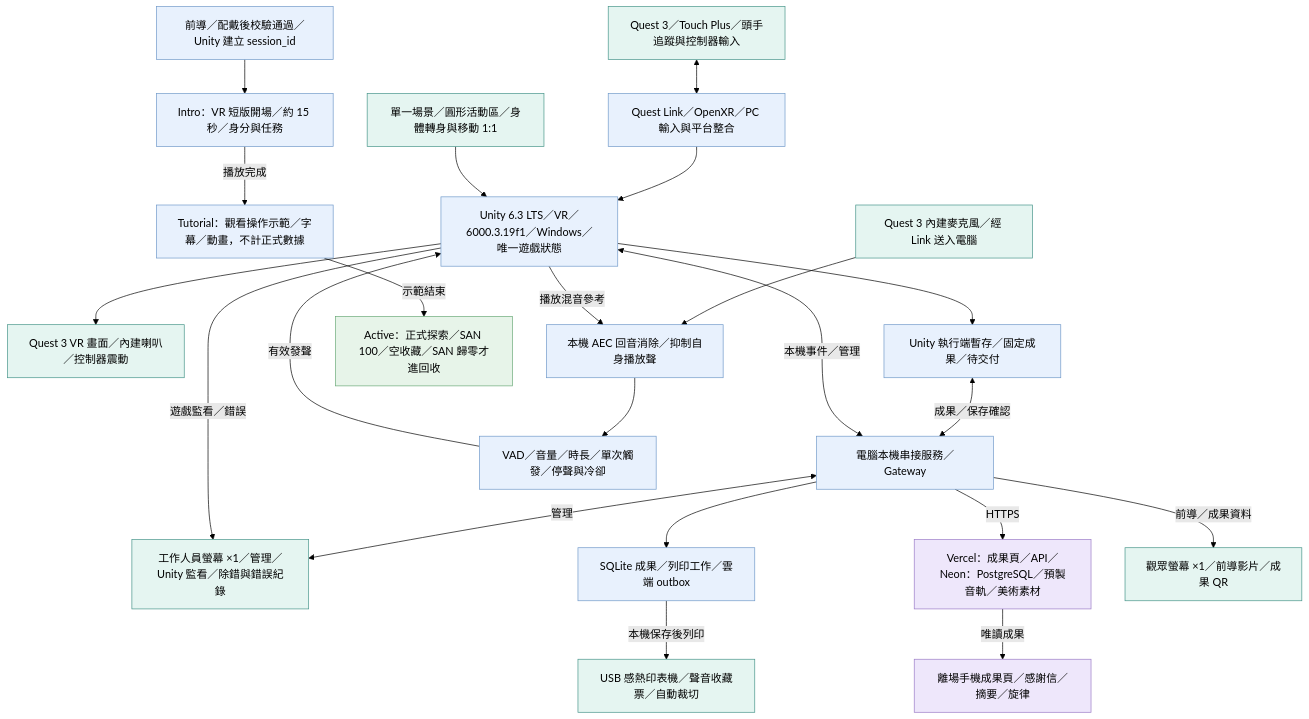
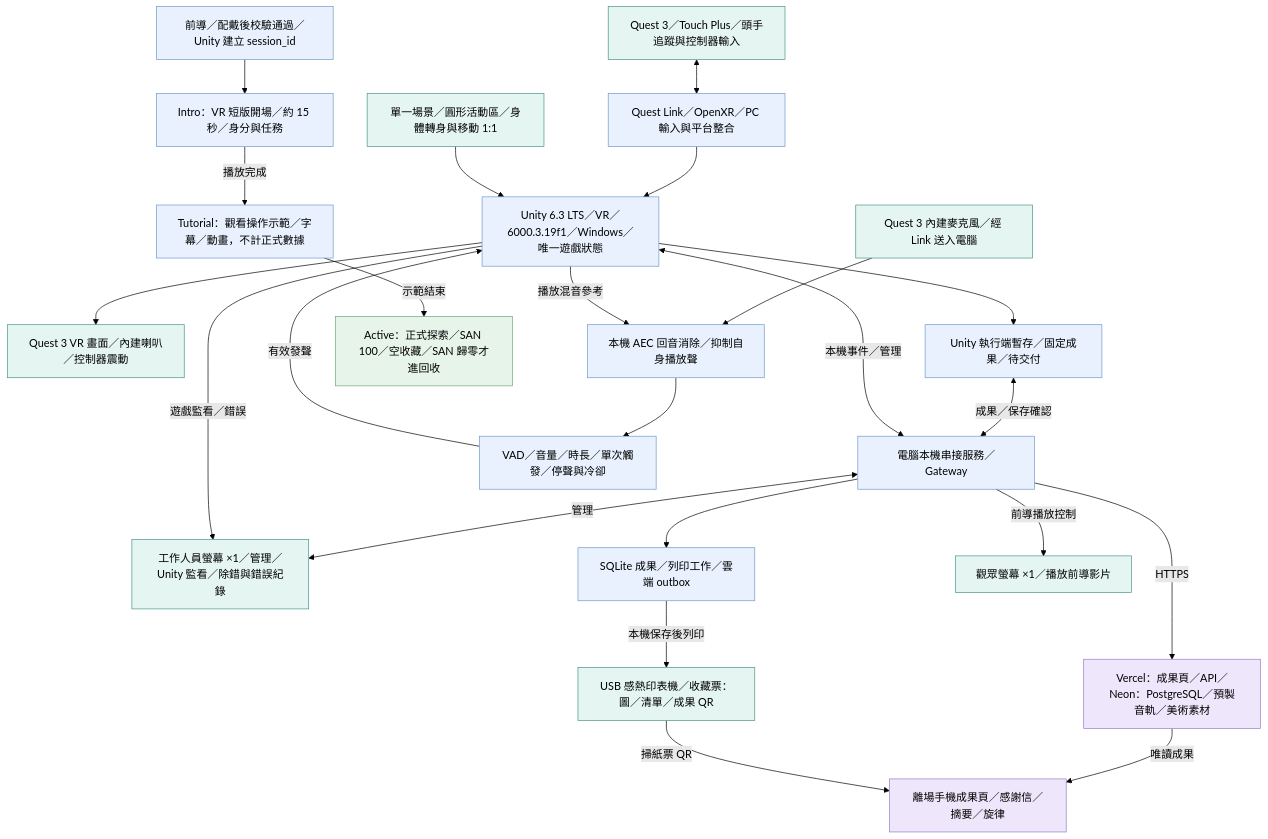
Before and after one commit to fengyenchia/dctProject: the first of 5 diagrams in docs/docs_vr/技術流程圖.md, drawn with Mermaid (forest theme). The commit also changed other lines of this file and 91 other files, not shown here.

````diff
--- a/docs/docs_vr/技術流程圖.md
+++ b/docs/docs_vr/技術流程圖.md
@@ -45,64 +45,65 @@
 ```mermaid
 flowchart TD
   quest["Quest 3／Touch Plus／頭手追蹤與控制器輸入"]
   xr["Quest Link／OpenXR／PC 輸入與平台整合"]
   room["單一場景／圓形活動區／身體轉身與移動 1:1"]
   mic["Quest 3 內建麥克風／經 Link 送入電腦"]
   unity["Unity 6.3 LTS／VR／6000.3.19f1／Windows／唯一遊戲狀態"]
   output["Quest 3 VR 畫面／內建喇叭／控制器震動"]
   localPending["Unity 執行端暫存／固定成果／待交付"]
   gateway["電腦本機串接服務／Gateway"]
   admin["工作人員螢幕 ×1／管理／Unity 監看／除錯與錯誤紀錄"]
   sqlite["SQLite 成果／列印工作／雲端 outbox"]
   cloud["Vercel：成果頁／API／Neon：PostgreSQL／預製音軌／美術素材"]
   phone["離場手機成果頁／感謝信／摘要／旋律"]
   aec["本機 AEC 回音消除／抑制自身播放聲"]
   voiceGate["VAD／音量／時長／單次觸發／停聲與冷卻"]
-  ticketPrinter["USB 感熱印表機／聲音收藏票／自動裁切"]
-  visitorDisplay["觀眾螢幕 ×1／前導影片／成果 QR"]
+  ticketPrinter["USB 感熱印表機／收藏票：圖／清單／成果 QR"]
+  visitorDisplay["觀眾螢幕 ×1／播放前導影片"]
   sessionEntry["前導／配戴後校驗通過／Unity 建立 session_id"]
   vrIntro["Intro：VR 短版開場／約 15 秒／身分與任務"]
   vrTutorial["Tutorial：觀看操作示範／字幕／動畫，不計正式數據"]
   exploreActive["Active：正式探索／SAN 100／空收藏／SAN 歸零才進回收"]
   quest <--> xr
   xr --> unity
   room --> unity
   unity --> output
   unity --> localPending
   localPending <-->|"成果／保存確認"| gateway
   unity <-->|"本機事件／管理"| gateway
   gateway <-->|"管理"| admin
   gateway --> sqlite
   gateway -->|"HTTPS"| cloud
   cloud -->|"唯讀成果"| phone
   mic --> aec
   aec --> voiceGate
   unity -->|"播放混音參考"| aec
   voiceGate -->|"有效發聲"| unity
   sqlite -->|"本機保存後列印"| ticketPrinter
-  gateway -->|"前導／成果資料"| visitorDisplay
+  gateway -->|"前導播放控制"| visitorDisplay
   unity -->|"遊戲監看／錯誤"| admin
   sessionEntry --> vrIntro
   vrIntro -->|"播放完成"| vrTutorial
   vrTutorial -->|"示範結束"| exploreActive
+  ticketPrinter -->|"掃紙票 QR"| phone
   style quest fill:#e5f5f1,stroke:#459489
   style xr fill:#e8f1fd,stroke:#7099c9
   style room fill:#e5f5f1,stroke:#459489
   style mic fill:#e5f5f1,stroke:#459489
   style unity fill:#e8f1fd,stroke:#7099c9
   style output fill:#e5f5f1,stroke:#459489
   style localPending fill:#e8f1fd,stroke:#7099c9
   style gateway fill:#e8f1fd,stroke:#7099c9
   style admin fill:#e5f5f1,stroke:#459489
   style sqlite fill:#e8f1fd,stroke:#7099c9
   style cloud fill:#eee7fb,stroke:#9a7ac7
   style phone fill:#eee7fb,stroke:#9a7ac7
   style aec fill:#e8f1fd,stroke:#7099c9
   style voiceGate fill:#e8f1fd,stroke:#7099c9
   style ticketPrinter fill:#e5f5f1,stroke:#459489
   style visitorDisplay fill:#e5f5f1,stroke:#459489
   style sessionEntry fill:#e8f1fd,stroke:#7099c9
   style vrIntro fill:#e8f1fd,stroke:#7099c9
   style vrTutorial fill:#e8f1fd,stroke:#7099c9
   style exploreActive fill:#e7f4e9,stroke:#69a977
 ```
````
